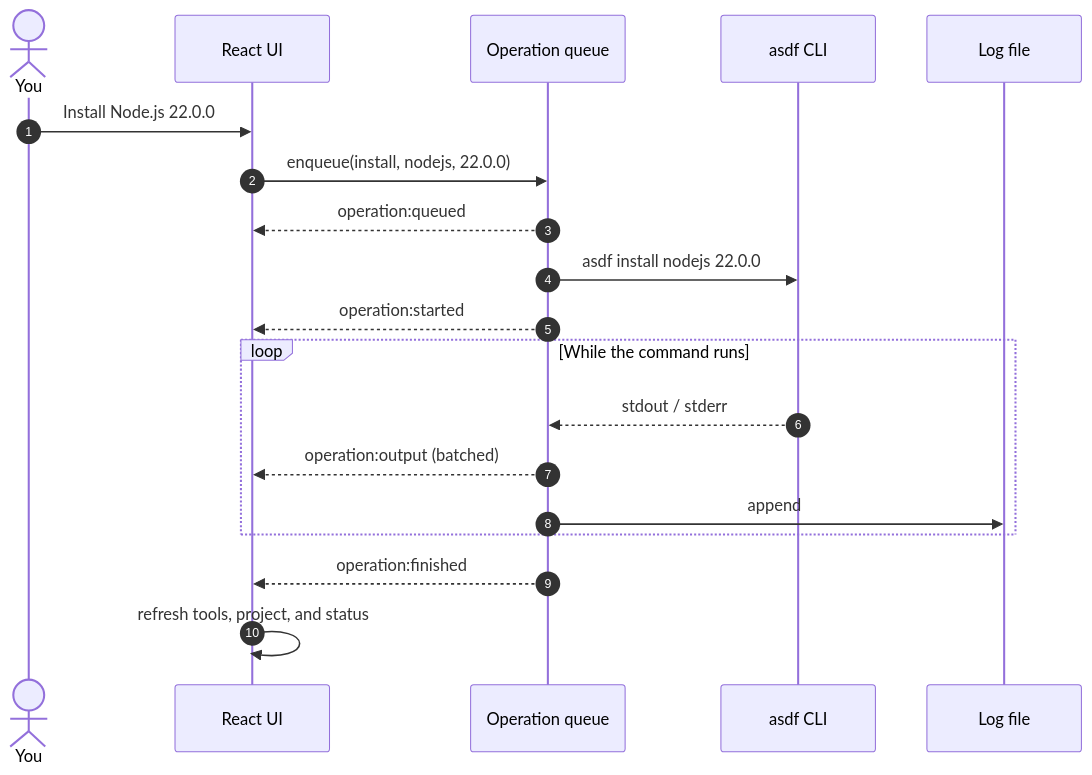
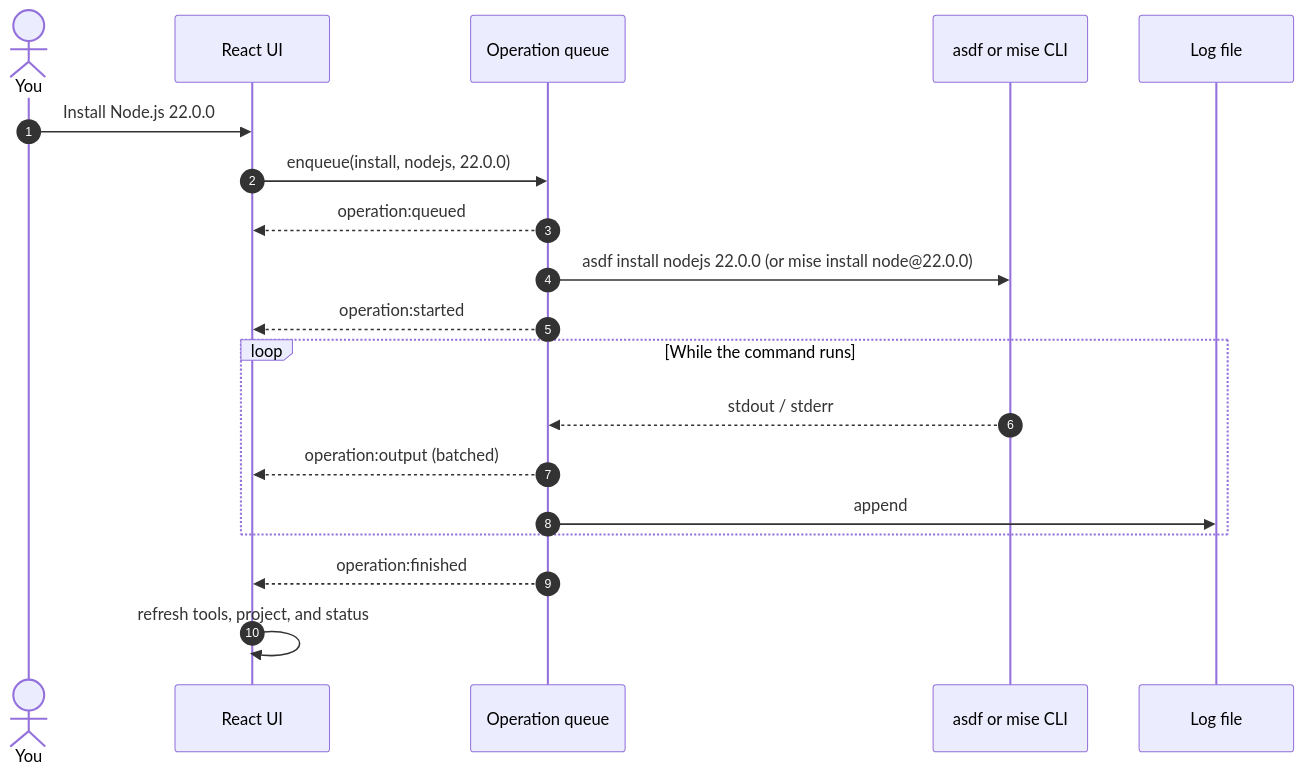
One commit to AshutoshSajan/asdf-mise-gui changed the second of 2 diagrams in README.md. Above: the diagram before and after it, drawn with Mermaid. The commit also changed other lines of this file and 74 other files, not shown here.

First line of the commit message:
feat: add mise support and rebrand as asdf mise GUI

````diff
--- a/README.md
+++ b/README.md
@@ -313,22 +318,22 @@
 ```mermaid
 sequenceDiagram
     autonumber
     actor You
     participant UI as React UI
     participant Q as Operation queue
-    participant A as asdf CLI
+    participant A as asdf or mise CLI
     participant L as Log file
 
     You->>UI: Install Node.js 22.0.0
     UI->>Q: enqueue(install, nodejs, 22.0.0)
     Q-->>UI: operation:queued
-    Q->>A: asdf install nodejs 22.0.0
+    Q->>A: asdf install nodejs 22.0.0 (or mise install node@22.0.0)
     Q-->>UI: operation:started
     loop While the command runs
         A-->>Q: stdout / stderr
         Q-->>UI: operation:output (batched)
         Q->>L: append
     end
     Q-->>UI: operation:finished
     UI->>UI: refresh tools, project, and status
 ```
````
